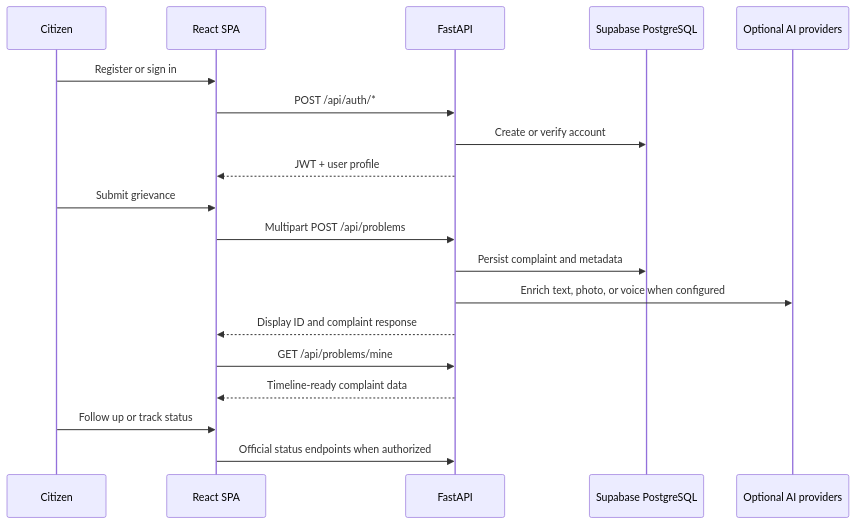
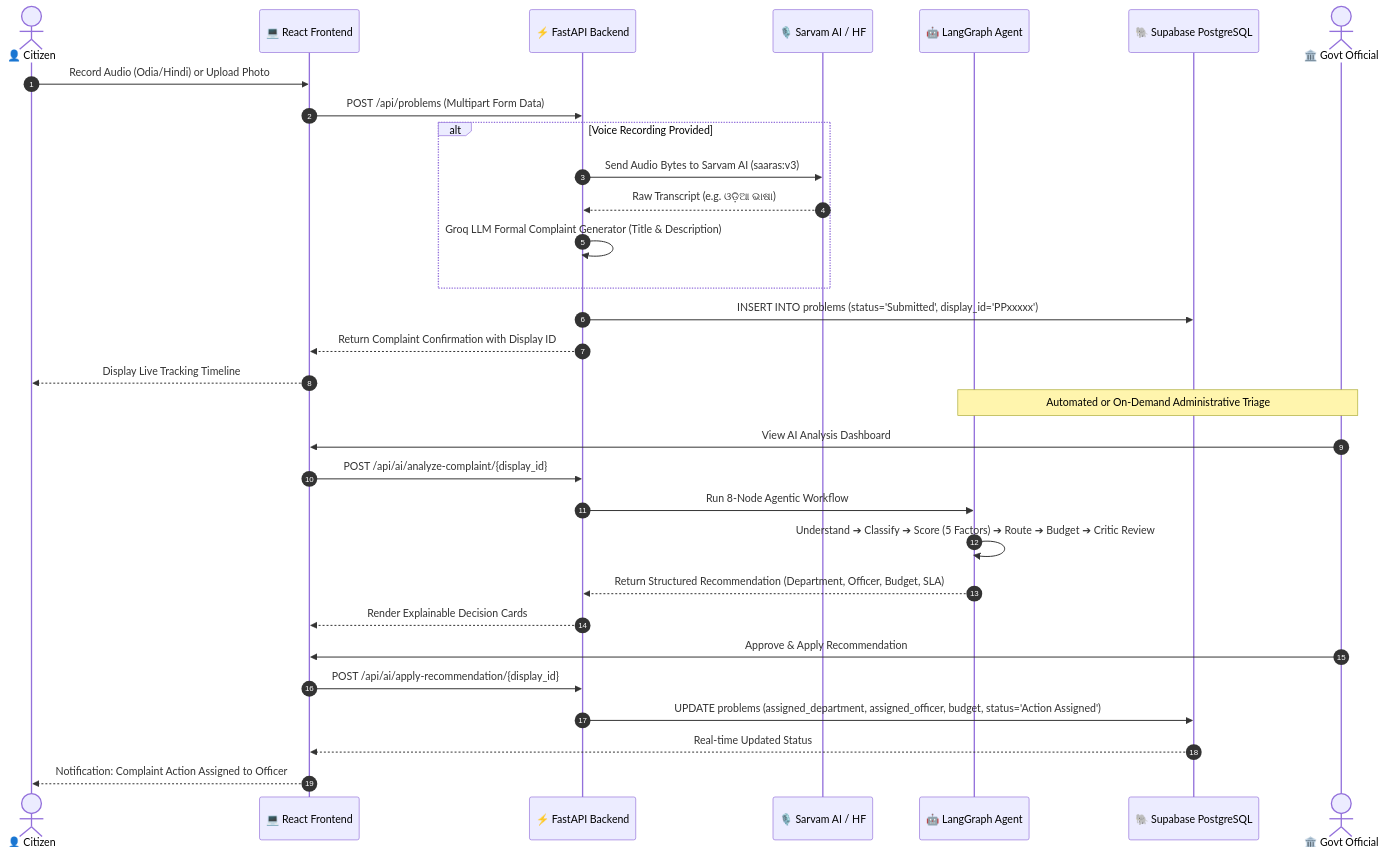
Before and after one commit to Kalyan-Setu/Kalyan_Setu: the second of 4 diagrams in README.md, drawn with Mermaid. The commit also changed other lines of this file, not shown here.

````diff
--- a/README.md
+++ b/README.md
@@ -95,22 +173,35 @@
 ```mermaid
 sequenceDiagram
-    participant Citizen
-    participant SPA as React SPA
-    participant API as FastAPI
-    participant DB as Supabase PostgreSQL
-    participant AI as Optional AI providers
+    autonumber
+    actor Citizen as 👤 Citizen
+    participant SPA as 💻 React Frontend
+    participant API as ⚡ FastAPI Backend
+    participant STT as 🎙️ Sarvam AI / HF
+    participant Agent as 🤖 LangGraph Agent
+    participant DB as 🐘 Supabase PostgreSQL
+    actor Official as 🏛️ Govt Official
 
-    Citizen->>SPA: Register or sign in
-    SPA->>API: POST /api/auth/*
-    API->>DB: Create or verify account
-    API-->>SPA: JWT + user profile
-    Citizen->>SPA: Submit grievance
-    SPA->>API: Multipart POST /api/problems
-    API->>DB: Persist complaint and metadata
-    API->>AI: Enrich text, photo, or voice when configured
-    API-->>SPA: Display ID and complaint response
-    SPA->>API: GET /api/problems/mine
-    API-->>SPA: Timeline-ready complaint data
-    Citizen->>SPA: Follow up or track status
-    SPA->>API: Official status endpoints when authorized
+    Citizen->>SPA: Record Audio (Odia/Hindi) or Upload Photo
+    SPA->>API: POST /api/problems (Multipart Form Data)
+    alt Voice Recording Provided
+        API->>STT: Send Audio Bytes to Sarvam AI (saaras:v3)
+        STT-->>API: Raw Transcript (e.g. ଓଡ଼ିଆ ଭାଷା)
+        API->>API: Groq LLM Formal Complaint Generator (Title & Description)
+    end
+    API->>DB: INSERT INTO problems (status='Submitted', display_id='PPxxxxx')
+    API-->>SPA: Return Complaint Confirmation with Display ID
+    SPA-->>Citizen: Display Live Tracking Timeline
+
+    Note over Official, Agent: Automated or On-Demand Administrative Triage
+    Official->>SPA: View AI Analysis Dashboard
+    SPA->>API: POST /api/ai/analyze-complaint/{display_id}
+    API->>Agent: Run 8-Node Agentic Workflow
+    Agent->>Agent: Understand ➔ Classify ➔ Score (5 Factors) ➔ Route ➔ Budget ➔ Critic Review
+    Agent-->>API: Return Structured Recommendation (Department, Officer, Budget, SLA)
+    API-->>SPA: Render Explainable Decision Cards
+    Official->>SPA: Approve & Apply Recommendation
+    SPA->>API: POST /api/ai/apply-recommendation/{display_id}
+    API->>DB: UPDATE problems (assigned_department, assigned_officer, budget, status='Action Assigned')
+    DB-->>SPA: Real-time Updated Status
+    SPA-->>Citizen: Notification: Complaint Action Assigned to Officer
 ```
````
